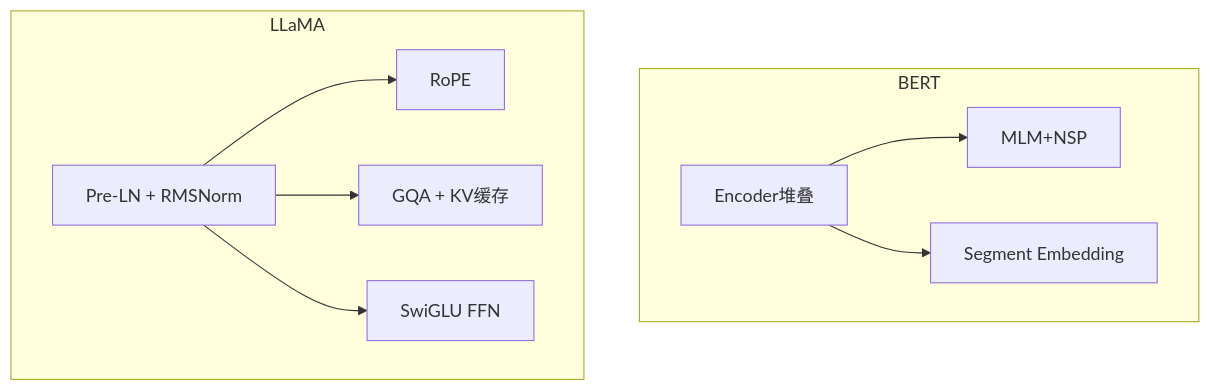
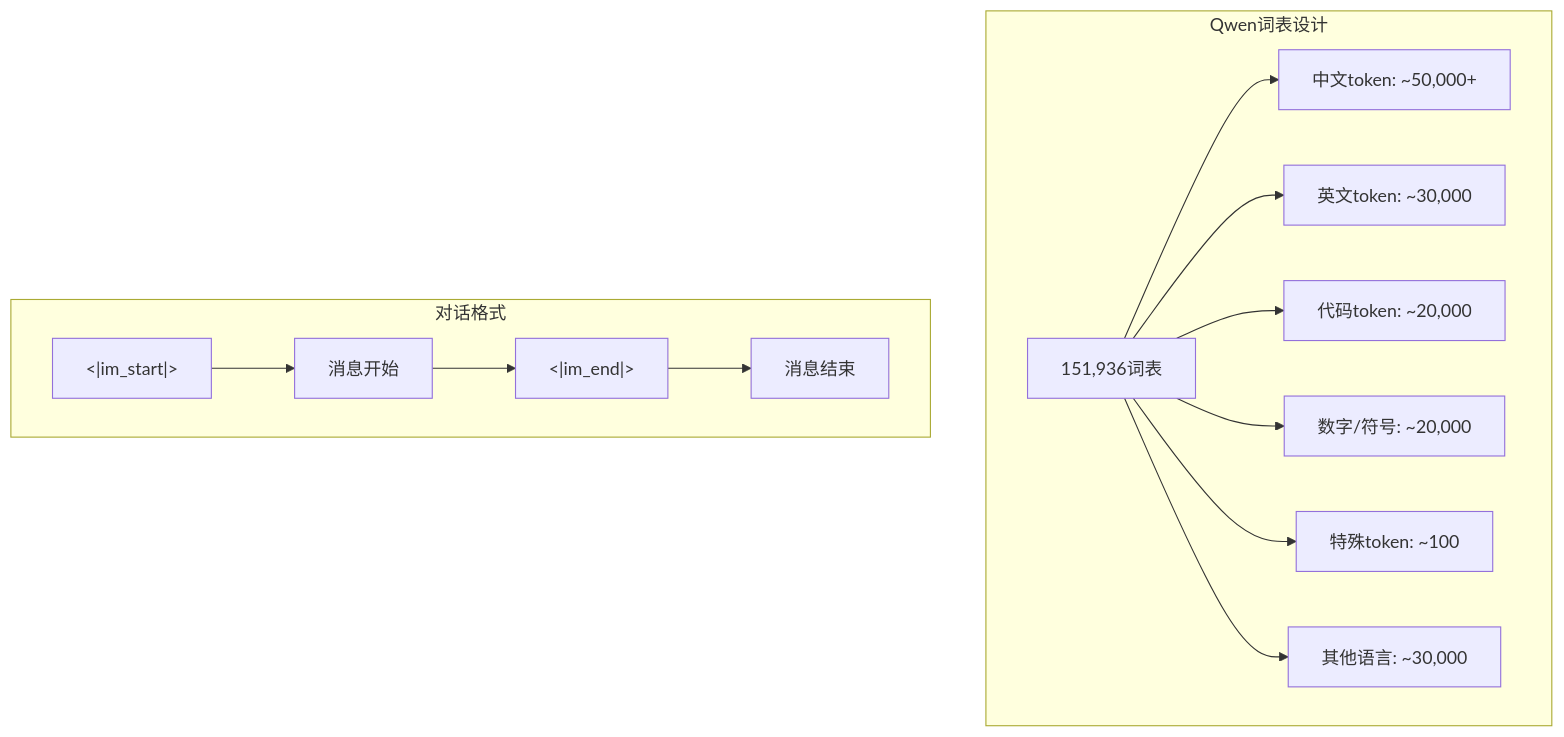
One commit to Mr-Yoje/llm_interview_note changed the eighth of 9 diagrams in .qoder/repowiki/zh/content/大语言模型架构/大语言模型架构.md. Above: the diagram before and after it, drawn with Mermaid. The commit also changed other lines of this file and 4 other files, not shown here.

First line of the commit message:
docs(architecture): 更新大语言模型架构与BERT详解

````diff
--- a/.qoder/repowiki/zh/content/大语言模型架构/大语言模型架构.md
+++ b/.qoder/repowiki/zh/content/大语言模型架构/大语言模型架构.md
@@ -251,12 +300,16 @@
 ```mermaid
 graph TB
-subgraph "BERT"
-B1["Encoder堆叠"] --> B2["MLM+NSP"]
-B1 --> B3["Segment Embedding"]
+subgraph "Qwen词表设计"
+A1["151,936词表"] --> A2["中文token: ~50,000+"]
+A1 --> A3["英文token: ~30,000"]
+A1 --> A4["代码token: ~20,000"]
+A1 --> A5["数字/符号: ~20,000"]
+A1 --> A6["特殊token: ~100"]
+A1 --> A7["其他语言: ~30,000"]
 end
-subgraph "LLaMA"
-L1["Pre-LN + RMSNorm"] --> L2["RoPE"]
-L1 --> L3["GQA + KV缓存"]
-L1 --> L4["SwiGLU FFN"]
+subgraph "对话格式"
+B1["<|im_start|>"] --> B2["消息开始"]
+B2 --> B3["<|im_end|>"]
+B3 --> B4["消息结束"]
 end
 ```
````
